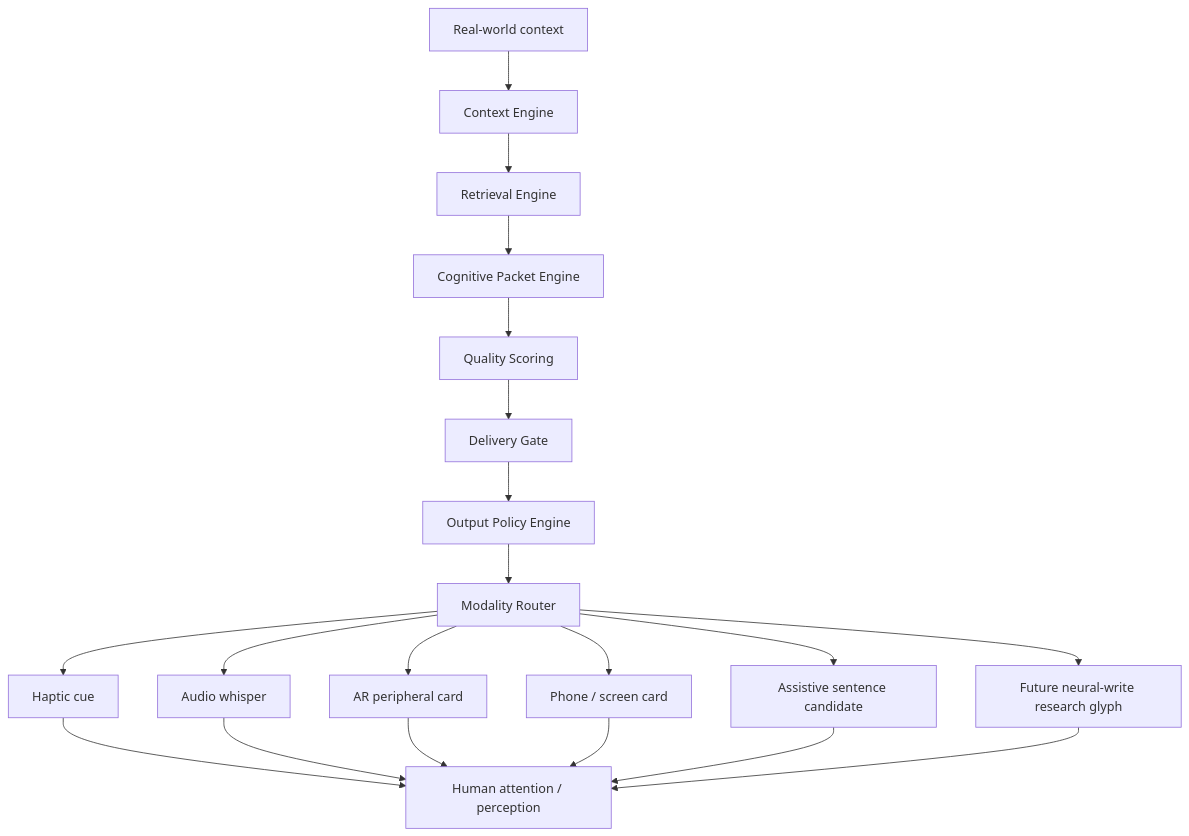
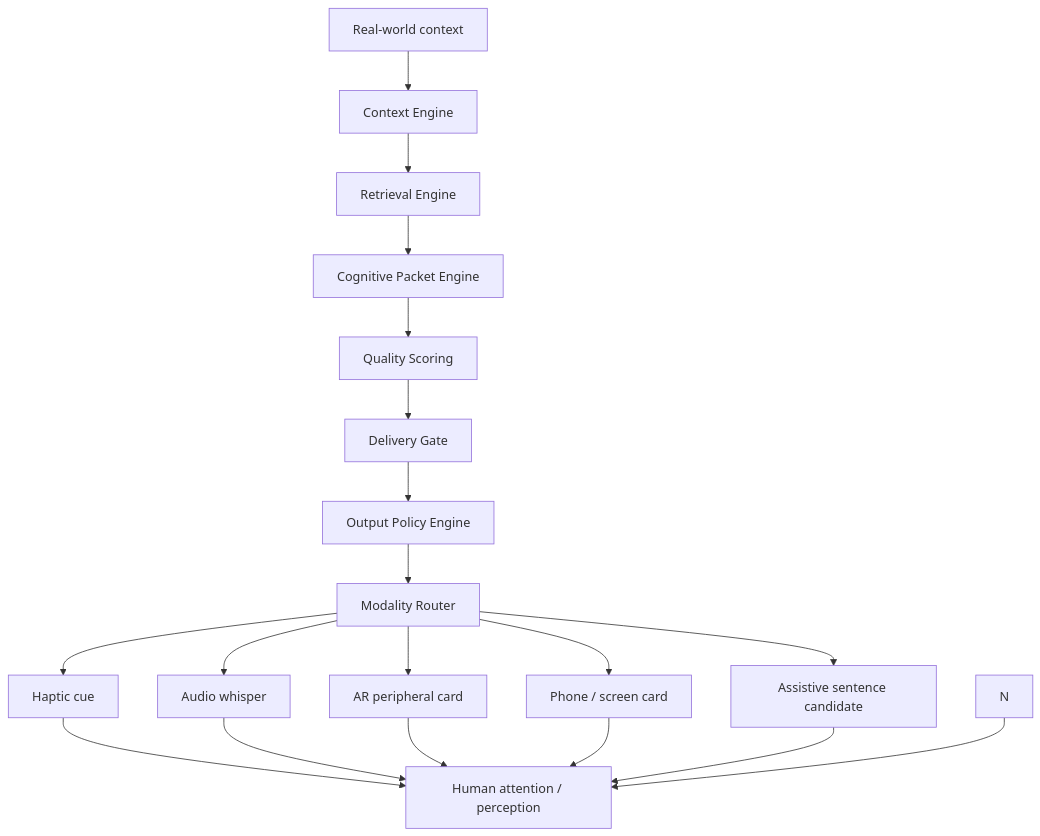
The first of 3 diagrams in docs/output-router-visuals.md (Pharmacist65/symborg), drawn with Mermaid before and after one commit. The commit also changed other lines of this file and 6 other files, not shown here.

First line of the commit message:
Remove the neural-write track: the return path goes through the senses

````diff
--- a/docs/output-router-visuals.md
+++ b/docs/output-router-visuals.md
@@ -7,22 +7,21 @@
 ```mermaid
 flowchart TD
     A["Real-world context"] --> B["Context Engine"]
     B --> C["Retrieval Engine"]
     C --> D["Cognitive Packet Engine"]
     D --> E["Quality Scoring"]
     E --> F["Delivery Gate"]
     F --> G["Output Policy Engine"]
     G --> H["Modality Router"]
     H --> I["Haptic cue"]
     H --> J["Audio whisper"]
     H --> K["AR peripheral card"]
     H --> L["Phone / screen card"]
     H --> M["Assistive sentence candidate"]
-    H --> N["Future neural-write research glyph"]
     I --> O["Human attention / perception"]
     J --> O
     K --> O
     L --> O
     M --> O
     N --> O
 ```
````
